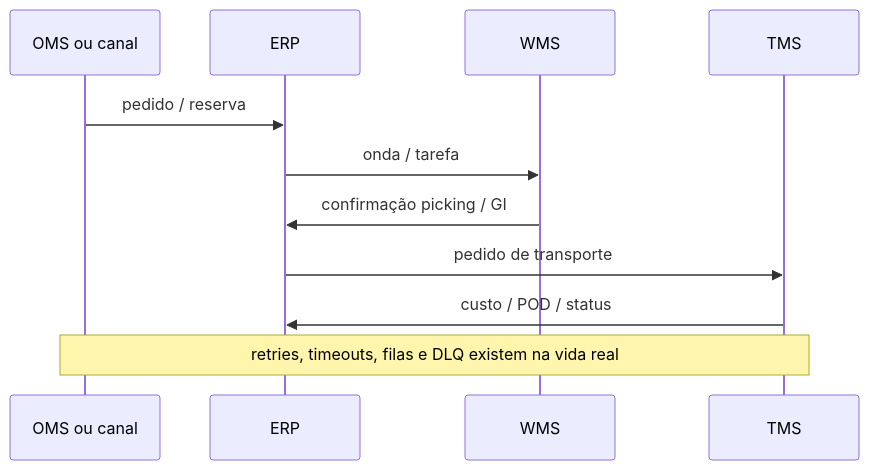
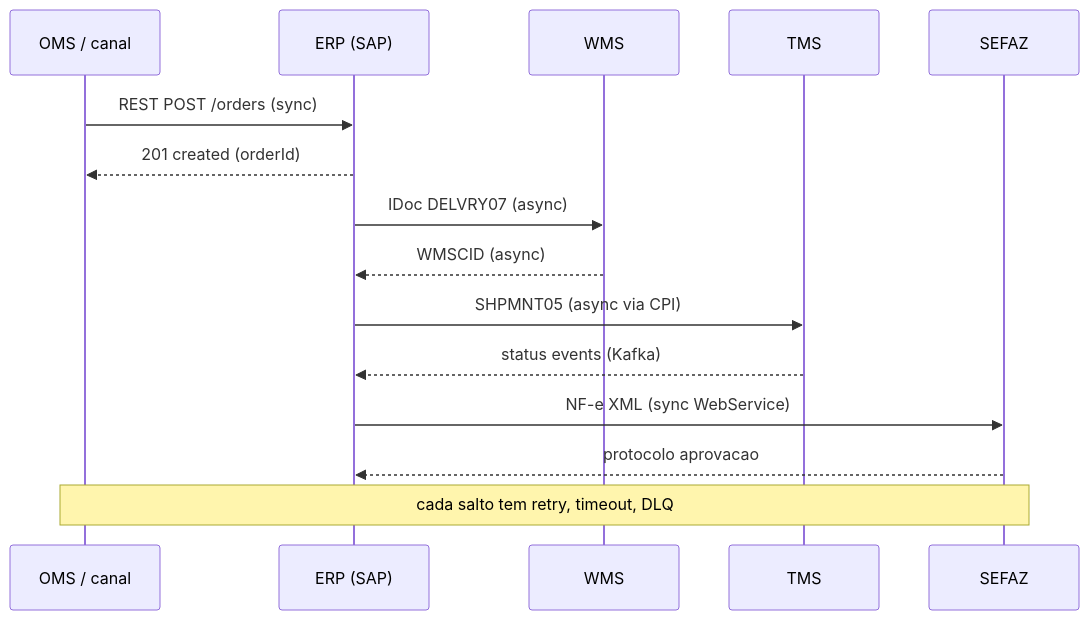
One commit to cleberhensel/logisticon-academy changed the second of 4 diagrams in aulas/trilha-tecnologia-e-sistemas/modulo-02-erp-aplicado-supply-chain/aula-03-integracoes-batch.md. Above: the diagram before and after it, drawn with Mermaid. The commit also changed other lines of this file and 122 other files, not shown here.

````diff
--- a/aulas/trilha-tecnologia-e-sistemas/modulo-02-erp-aplicado-supply-chain/aula-03-integracoes-batch.md
+++ b/aulas/trilha-tecnologia-e-sistemas/modulo-02-erp-aplicado-supply-chain/aula-03-integracoes-batch.md
@@ -32,13 +156,17 @@
 ```mermaid
 sequenceDiagram
-  participant OMS as OMS ou canal
-  participant ERP as ERP
+  participant OMS as OMS / canal
+  participant ERP as ERP (SAP)
   participant W as WMS
   participant T as TMS
-  OMS->>ERP: pedido / reserva
-  ERP->>W: onda / tarefa
-  W->>ERP: confirmação picking / GI
-  ERP->>T: pedido de transporte
-  T->>ERP: custo / POD / status
-  Note over OMS,T: retries, timeouts, filas e DLQ existem na vida real
+  participant SEF as SEFAZ
+  OMS->>ERP: REST POST /orders (sync)
+  ERP-->>OMS: 201 created (orderId)
+  ERP->>W: IDoc DELVRY07 (async)
+  W-->>ERP: WMSCID (async)
+  ERP->>T: SHPMNT05 (async via CPI)
+  T-->>ERP: status events (Kafka)
+  ERP->>SEF: NF-e XML (sync WebService)
+  SEF-->>ERP: protocolo aprovacao
+  Note over OMS,SEF: cada salto tem retry, timeout, DLQ
 ```
````
